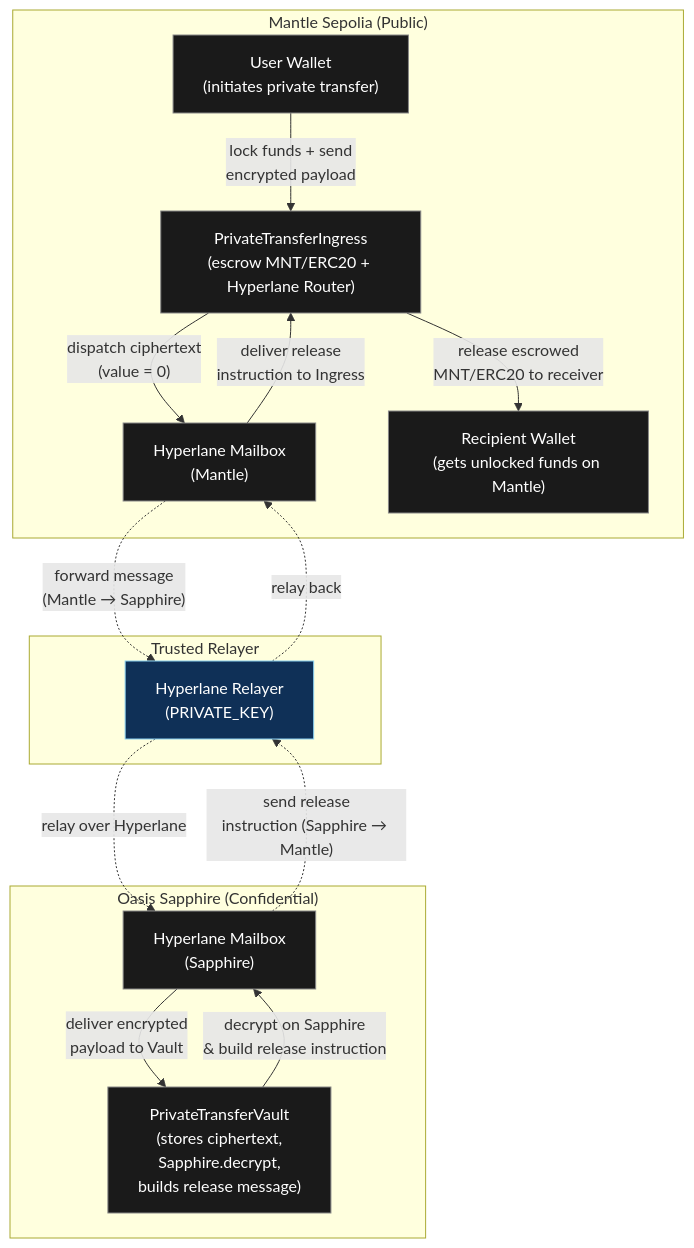
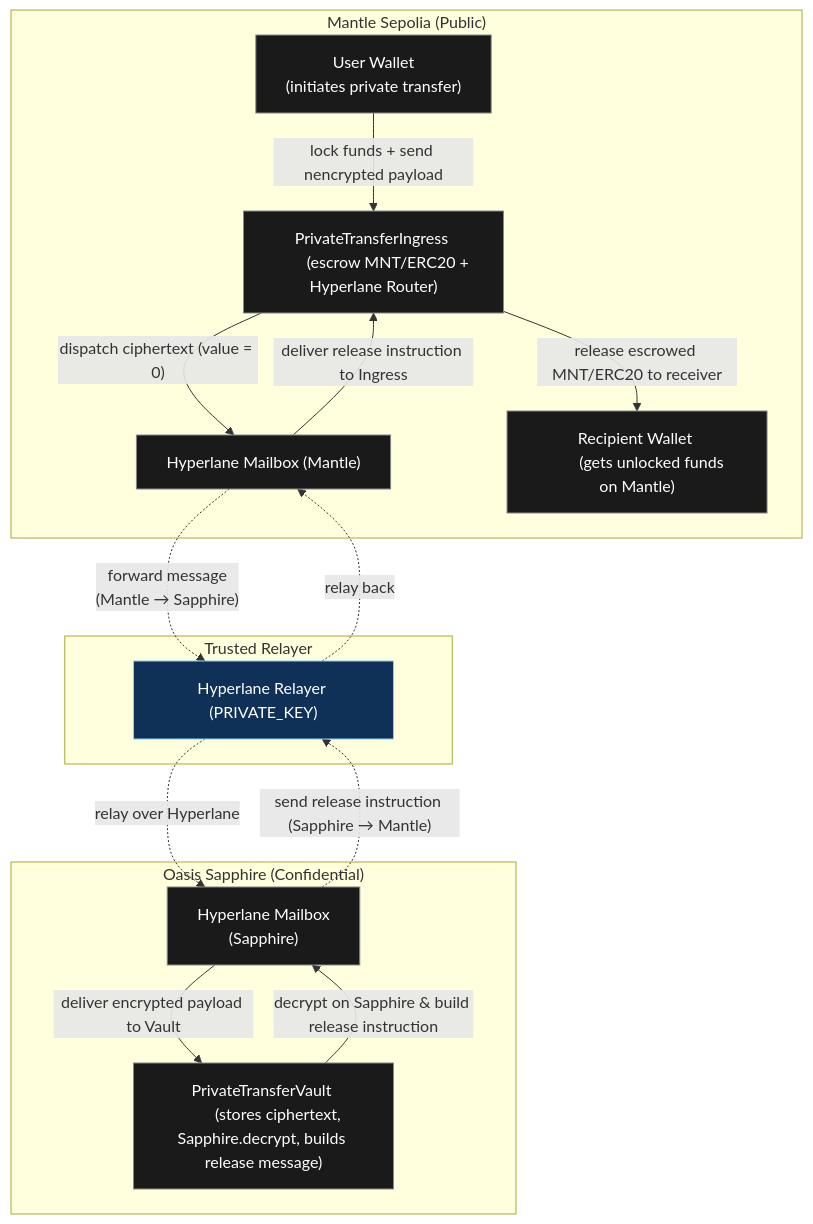
The diagram in README.md (demigohu/pong-ping), drawn with Mermaid before and after one commit.

Commit message:
Refactor diagram text for better readability

````diff
--- a/README.md
+++ b/README.md
@@ -93,32 +93,38 @@
 ```mermaid
 flowchart TD
     classDef chain fill:#1a1a1a,stroke:#888,color:#fff
     classDef relay fill:#0f3057,stroke:#89cff0,color:#fff
 
     subgraph Mantle["Mantle Sepolia (Public)"]
-        Sender["User Wallet\n(initiates private transfer)"]:::chain
-        Ingress["PrivateTransferIngress\n(escrow MNT/ERC20 + Hyperlane Router)"]:::chain
-        MailboxM["Hyperlane Mailbox\n(Mantle)"]:::chain
-        Receiver["Recipient Wallet\n(gets unlocked funds on Mantle)"]:::chain
+        Sender["User Wallet 
+        (initiates private transfer)"]:::chain
+        Ingress["PrivateTransferIngress 
+        (escrow MNT/ERC20 + Hyperlane Router)"]:::chain
+        MailboxM["Hyperlane Mailbox (Mantle)"]:::chain
+        Receiver["Recipient Wallet 
+        (gets unlocked funds on Mantle)"]:::chain
     end
 
     subgraph Hyperlane["Trusted Relayer"]
-        Relayer["Hyperlane Relayer\n(PRIVATE_KEY)"]:::relay
+        Relayer["Hyperlane Relayer (PRIVATE_KEY)"]:::relay
     end
 
     subgraph Sapphire["Oasis Sapphire (Confidential)"]
-        MailboxS["Hyperlane Mailbox\n(Sapphire)"]:::chain
-        Vault["PrivateTransferVault\n(stores ciphertext,\nSapphire.decrypt,\nbuilds release message)"]:::chain
+        MailboxS["Hyperlane Mailbox 
+        (Sapphire)"]:::chain
+        Vault["PrivateTransferVault 
+        (stores ciphertext, Sapphire.decrypt, builds release message)"]:::chain
     end
 
-    Sender -->|"lock funds + send\nencrypted payload"| Ingress
-    Ingress -->|"dispatch ciphertext\n(value = 0)"| MailboxM
-    MailboxM -. "forward message\n(Mantle → Sapphire)" .-> Relayer
+    Sender -->|"lock funds + send nencrypted payload"| Ingress
+    Ingress -->|"dispatch ciphertext (value = 0)"| MailboxM
+    MailboxM -. "forward message 
+    (Mantle → Sapphire)" .-> Relayer
     Relayer -. "relay over Hyperlane" .-> MailboxS
-    MailboxS -->|"deliver encrypted\npayload to Vault"| Vault
-    Vault -->|"decrypt on Sapphire\n& build release instruction"| MailboxS
-    MailboxS -. "send release\ninstruction (Sapphire → Mantle)" .-> Relayer
+    MailboxS -->|"deliver encrypted payload to Vault"| Vault
+    Vault -->|"decrypt on Sapphire & build release instruction"| MailboxS
+    MailboxS -. "send release instruction (Sapphire → Mantle)" .-> Relayer
     Relayer -. "relay back" .-> MailboxM
-    MailboxM -->|"deliver release\ninstruction to Ingress"| Ingress
-    Ingress -->|"release escrowed\nMNT/ERC20 to receiver"| Receiver
+    MailboxM -->|"deliver release instruction to Ingress"| Ingress
+    Ingress -->|"release escrowed MNT/ERC20 to receiver"| Receiver
 ```
````
